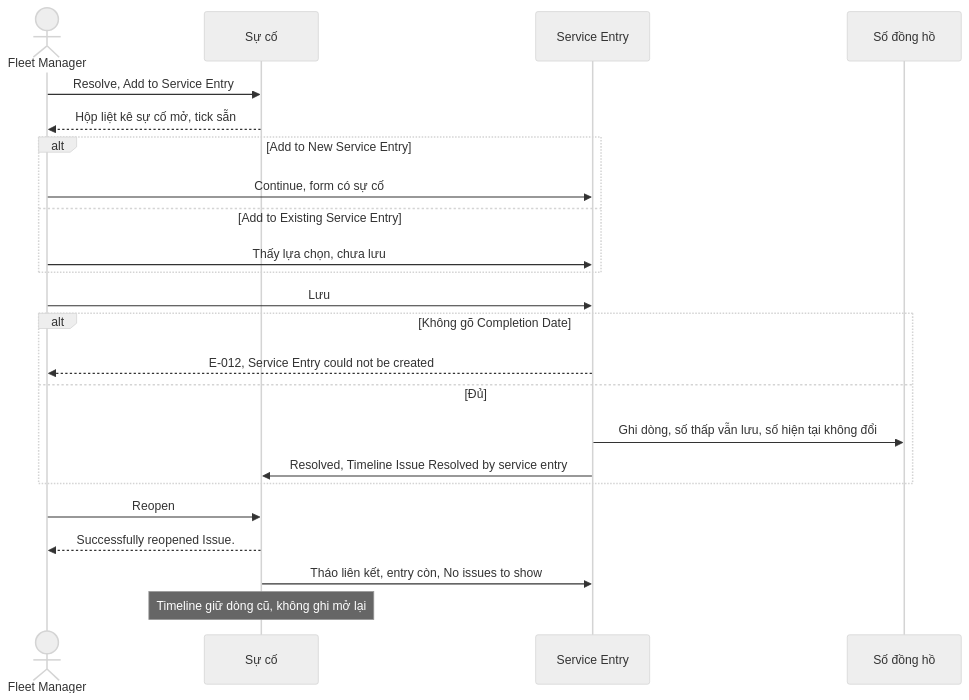
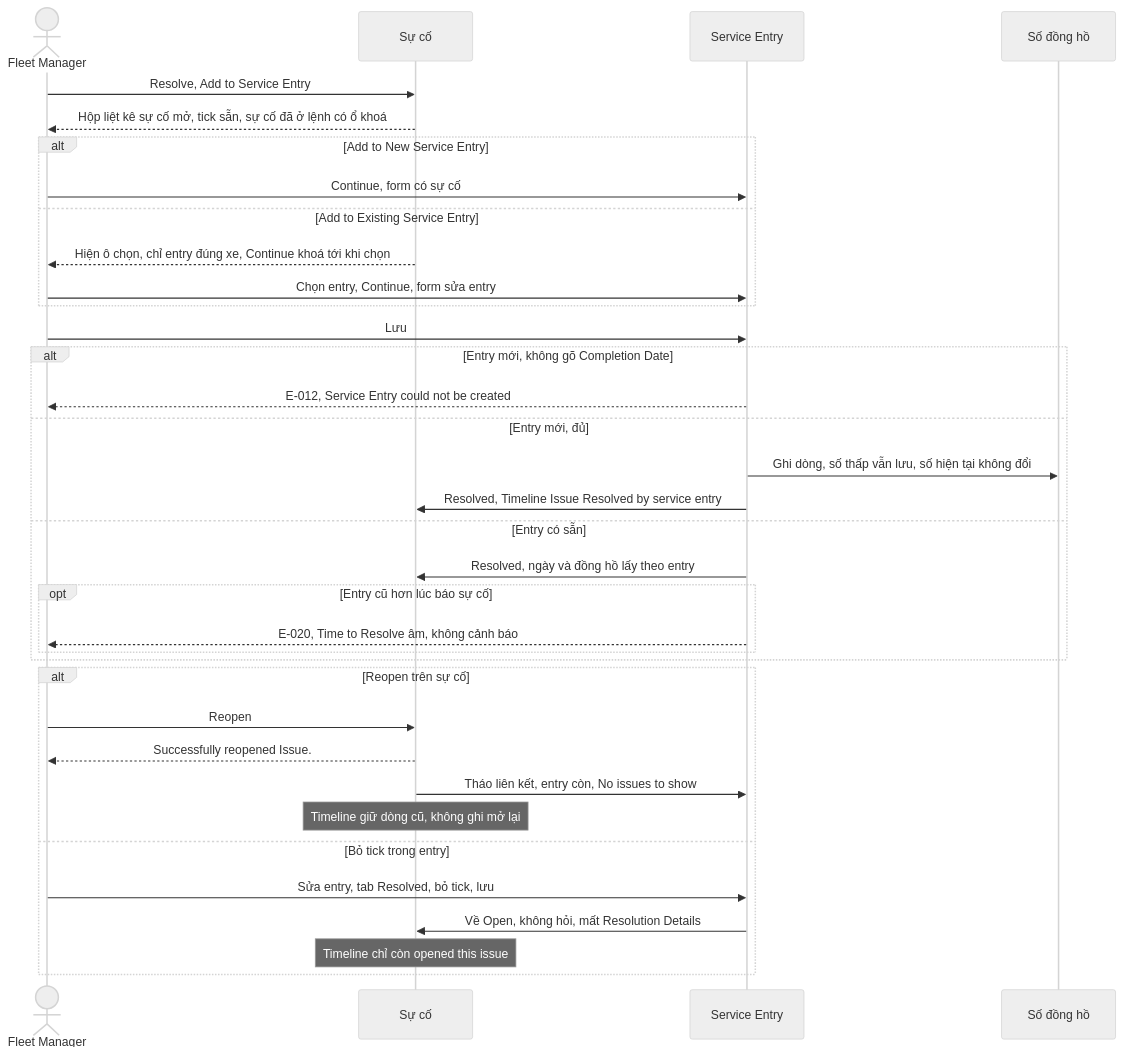
The eighth of 25 diagrams in docs/_research/fleetio/srs/fleetio-repair-flows.md (szitphan/invlogis), drawn with Mermaid (neutral theme) before and after one commit. The commit also changed other lines of this file and 113 other files, not shown here.

````diff
--- a/docs/_research/fleetio/srs/fleetio-repair-flows.md
+++ b/docs/_research/fleetio/srs/fleetio-repair-flows.md
@@ -163,25 +164,37 @@
 ```mermaid
 sequenceDiagram
     actor FM as Fleet Manager
     participant I as Sự cố
     participant S as Service Entry
     participant M as Số đồng hồ
     FM->>I: Resolve, Add to Service Entry
-    I-->>FM: Hộp liệt kê sự cố mở, tick sẵn
+    I-->>FM: Hộp liệt kê sự cố mở, tick sẵn, sự cố đã ở lệnh có ổ khoá
     alt Add to New Service Entry
         FM->>S: Continue, form có sự cố
     else Add to Existing Service Entry
-        FM->>S: Thấy lựa chọn, chưa lưu
+        I-->>FM: Hiện ô chọn, chỉ entry đúng xe, Continue khoá tới khi chọn
+        FM->>S: Chọn entry, Continue, form sửa entry
     end
     FM->>S: Lưu
-    alt Không gõ Completion Date
+    alt Entry mới, không gõ Completion Date
         S-->>FM: E-012, Service Entry could not be created
-    else Đủ
+    else Entry mới, đủ
         S->>M: Ghi dòng, số thấp vẫn lưu, số hiện tại không đổi
         S->>I: Resolved, Timeline Issue Resolved by service entry
+    else Entry có sẵn
+        S->>I: Resolved, ngày và đồng hồ lấy theo entry
+        opt Entry cũ hơn lúc báo sự cố
+            S-->>FM: E-020, Time to Resolve âm, không cảnh báo
+        end
     end
-    FM->>I: Reopen
-    I-->>FM: Successfully reopened Issue.
-    I->>S: Tháo liên kết, entry còn, No issues to show
-    Note over I: Timeline giữ dòng cũ, không ghi mở lại
+    alt Reopen trên sự cố
+        FM->>I: Reopen
+        I-->>FM: Successfully reopened Issue.
+        I->>S: Tháo liên kết, entry còn, No issues to show
+        Note over I: Timeline giữ dòng cũ, không ghi mở lại
+    else Bỏ tick trong entry
+        FM->>S: Sửa entry, tab Resolved, bỏ tick, lưu
+        S->>I: Về Open, không hỏi, mất Resolution Details
+        Note over I: Timeline chỉ còn opened this issue
+    end
 ```
````
